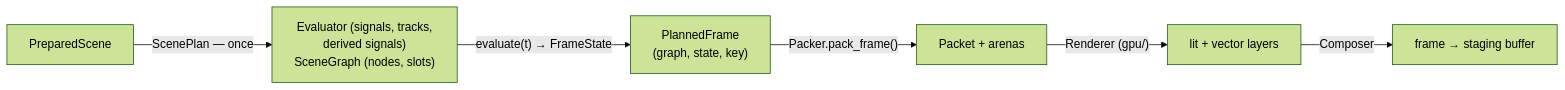
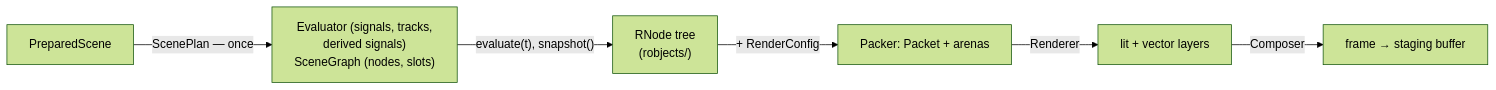
Before and after one commit to MrDiver/manim: the sixth of 8 diagrams in manimx/ARCHITECTURE.md, drawn with Mermaid (forest theme). The commit also changed other lines of this file and 110 other files, not shown here.

````diff
--- a/manimx/ARCHITECTURE.md
+++ b/manimx/ARCHITECTURE.md
@@ -526,8 +554,8 @@
 ```mermaid
 flowchart LR
     PS["PreparedScene"] -->|"ScenePlan — once"| Plan["Evaluator (signals, tracks,<br/>derived signals)<br/>SceneGraph (nodes, slots)"]
-    Plan -->|"evaluate(t) → FrameState"| PF["PlannedFrame<br/>(graph, state, key)"]
-    PF -->|"Packer.pack_frame()"| Pk["Packet + arenas"]
-    Pk -->|"Renderer (gpu/)"| L["lit + vector layers"]
+    Plan -->|"evaluate(t), snapshot()"| T["RNode tree<br/>(robjects/)"]
+    T -->|"+ RenderConfig"| Pk["Packer: Packet + arenas"]
+    Pk -->|"Renderer"| L["lit + vector layers"]
     L -->|"Composer"| F["frame → staging buffer"]
 ```
````
